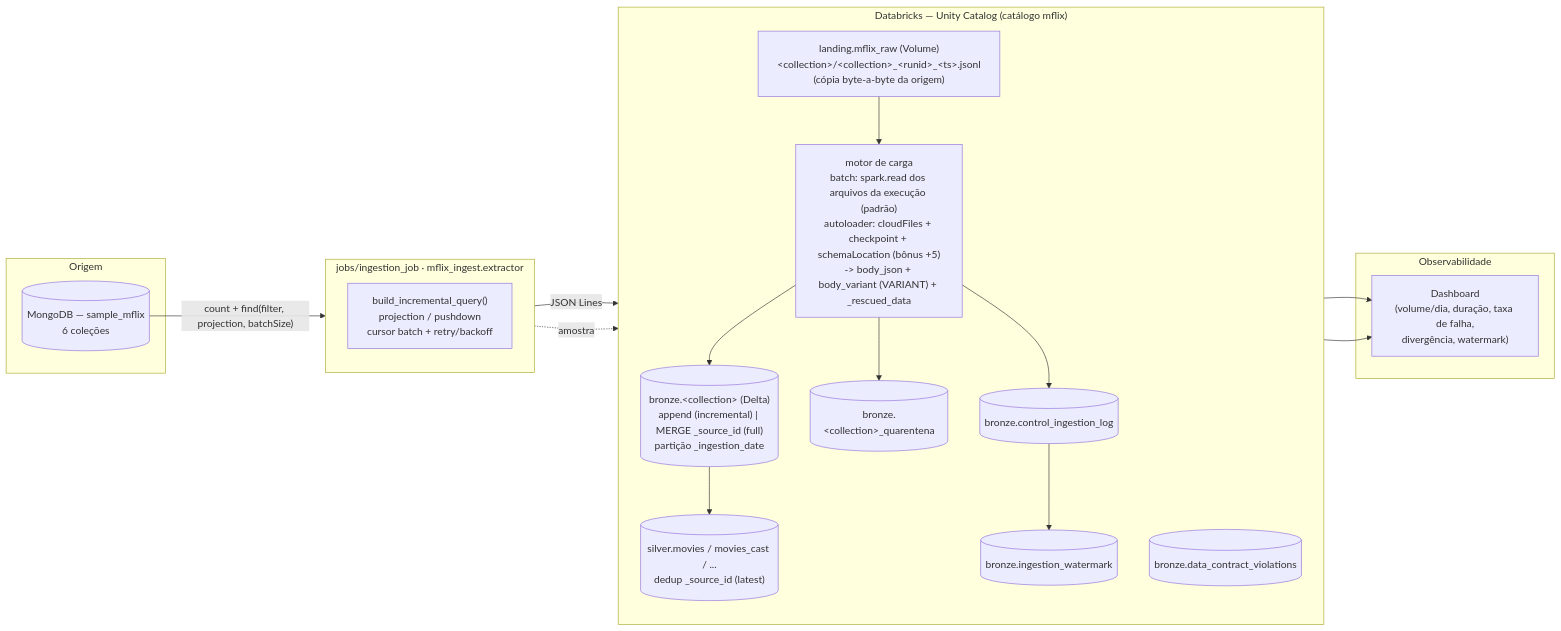
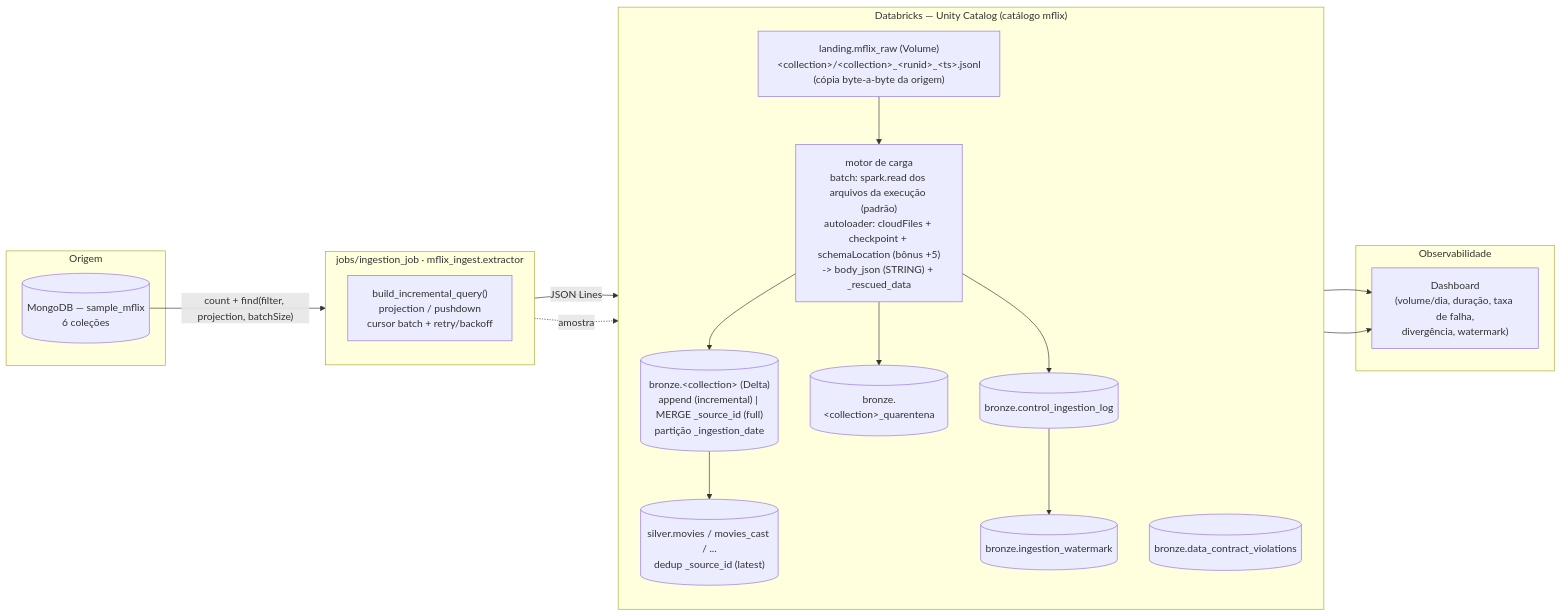
The diagram in docs/ARQUITETURA.md (hermeson883/T3-DE-INGESTAO), drawn with Mermaid before and after one commit. The commit also changed other lines of this file and 7 other files, not shown here.

````diff
--- a/docs/ARQUITETURA.md
+++ b/docs/ARQUITETURA.md
@@ -10,39 +10,39 @@
 ```mermaid
 flowchart LR
     subgraph ORIGEM["Origem"]
         M[("MongoDB — sample_mflix\n6 coleções")]
     end
 
     subgraph EXTRACT["jobs/ingestion_job · mflix_ingest.extractor"]
         direction TB
         Q["build_incremental_query()\nprojection / pushdown\ncursor batch + retry/backoff"]
     end
 
     subgraph UC["Databricks — Unity Catalog (catálogo mflix)"]
         direction TB
         L["landing.mflix_raw (Volume)\n&lt;collection&gt;/&lt;collection&gt;_&lt;runid&gt;_&lt;ts&gt;.jsonl\n(cópia byte-a-byte da origem)"]
-        A["motor de carga\nbatch: spark.read dos arquivos da execução (padrão)\nautoloader: cloudFiles + checkpoint + schemaLocation (bônus +5)\n-> body_json + body_variant (VARIANT) + _rescued_data"]
+        A["motor de carga\nbatch: spark.read dos arquivos da execução (padrão)\nautoloader: cloudFiles + checkpoint + schemaLocation (bônus +5)\n-> body_json (STRING) + _rescued_data"]
         B[("bronze.&lt;collection&gt; (Delta)\nappend (incremental) | MERGE _source_id (full)\npartição _ingestion_date")]
         QN[("bronze.&lt;collection&gt;_quarentena")]
         C[("bronze.control_ingestion_log")]
         W[("bronze.ingestion_watermark")]
         V[("bronze.data_contract_violations")]
         S[("silver.movies / movies_cast / ...\ndedup _source_id (latest)")]
 
         L --> A --> B
         A --> QN
         B --> S
     end
 
     subgraph OBS["Observabilidade"]
         D["Dashboard\n(volume/dia, duração, taxa de falha,\ndivergência, watermark)"]
     end
 
     M -->|"count + find(filter, projection, batchSize)"| Q
     Q -->|"JSON Lines"| L
     Q -.->|"amostra"| V
     A --> C
     C --> W
     C --> D
     V --> D
 ```
````
